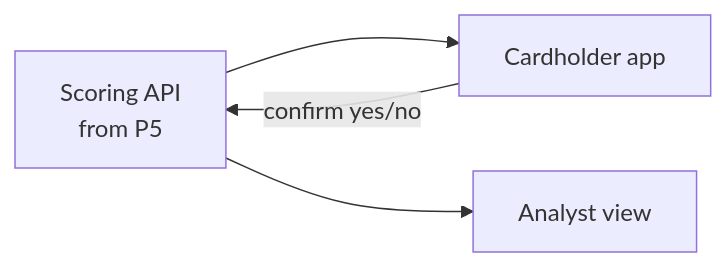
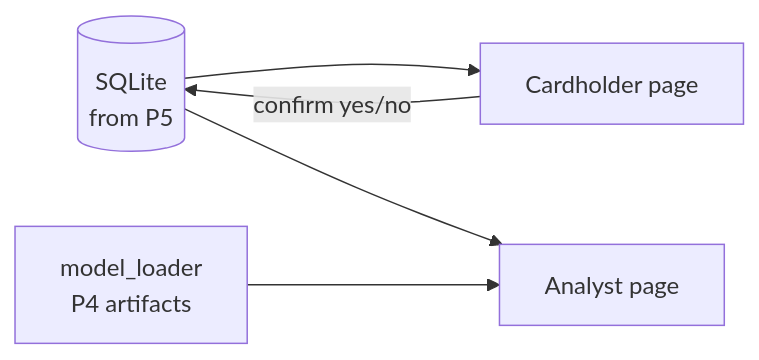
Before and after one commit to Break-Through-Tech/Banking-1B-online-payment-fraud-detection-using-high-dimensional-transaction-data: the eighth of 9 diagrams in fraud-system/README.md, drawn with Mermaid. The commit also changed other lines of this file and 2 other files, not shown here.

````diff
--- a/fraud-system/README.md
+++ b/fraud-system/README.md
@@ -146,6 +151,7 @@
 ```mermaid
 flowchart LR
-    API["Scoring API<br/>from P5"] --> C["Cardholder app"]
-    API --> AN["Analyst view"]
-    C -->|"confirm yes/no"| API
+    DB[("SQLite<br/>from P5")] --> C["Cardholder page"]
+    DB --> AN["Analyst page"]
+    MOD["model_loader<br/>P4 artifacts"] --> AN
+    C -->|"confirm yes/no"| DB
 ```
````
